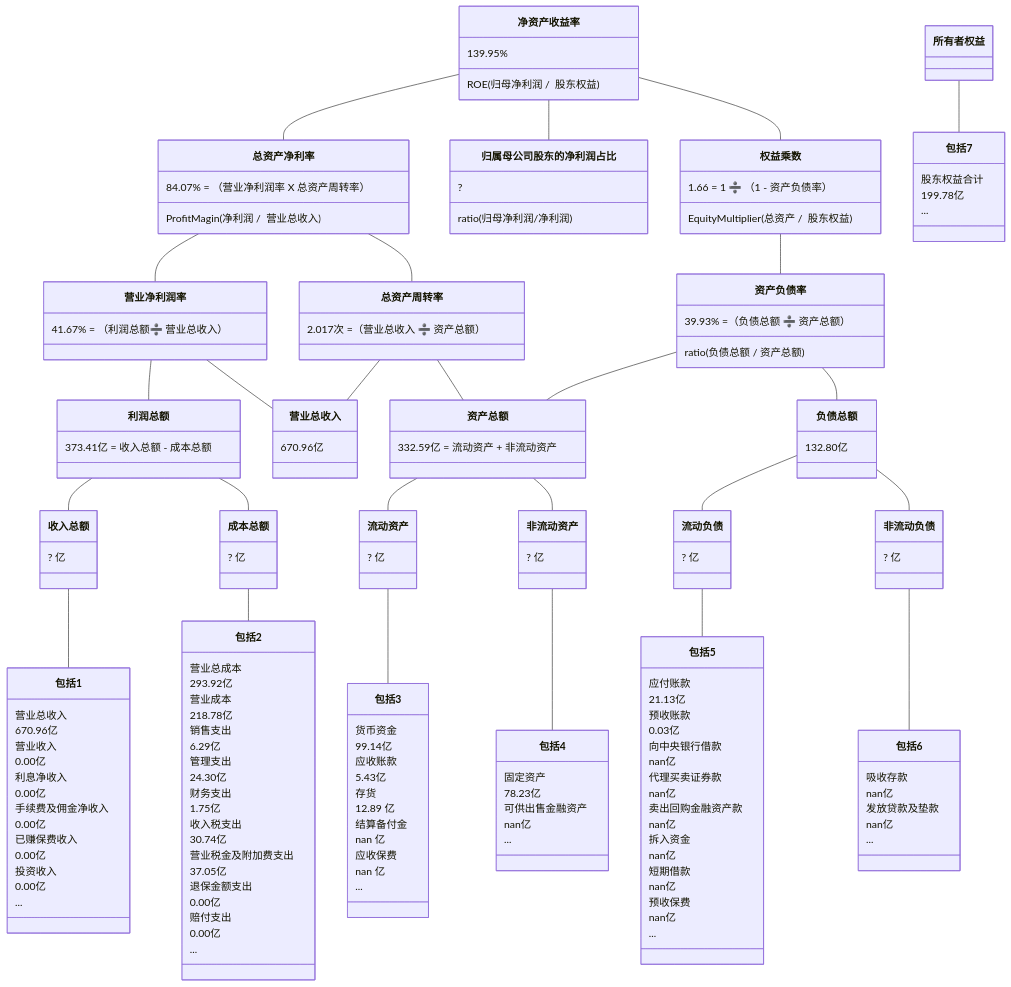
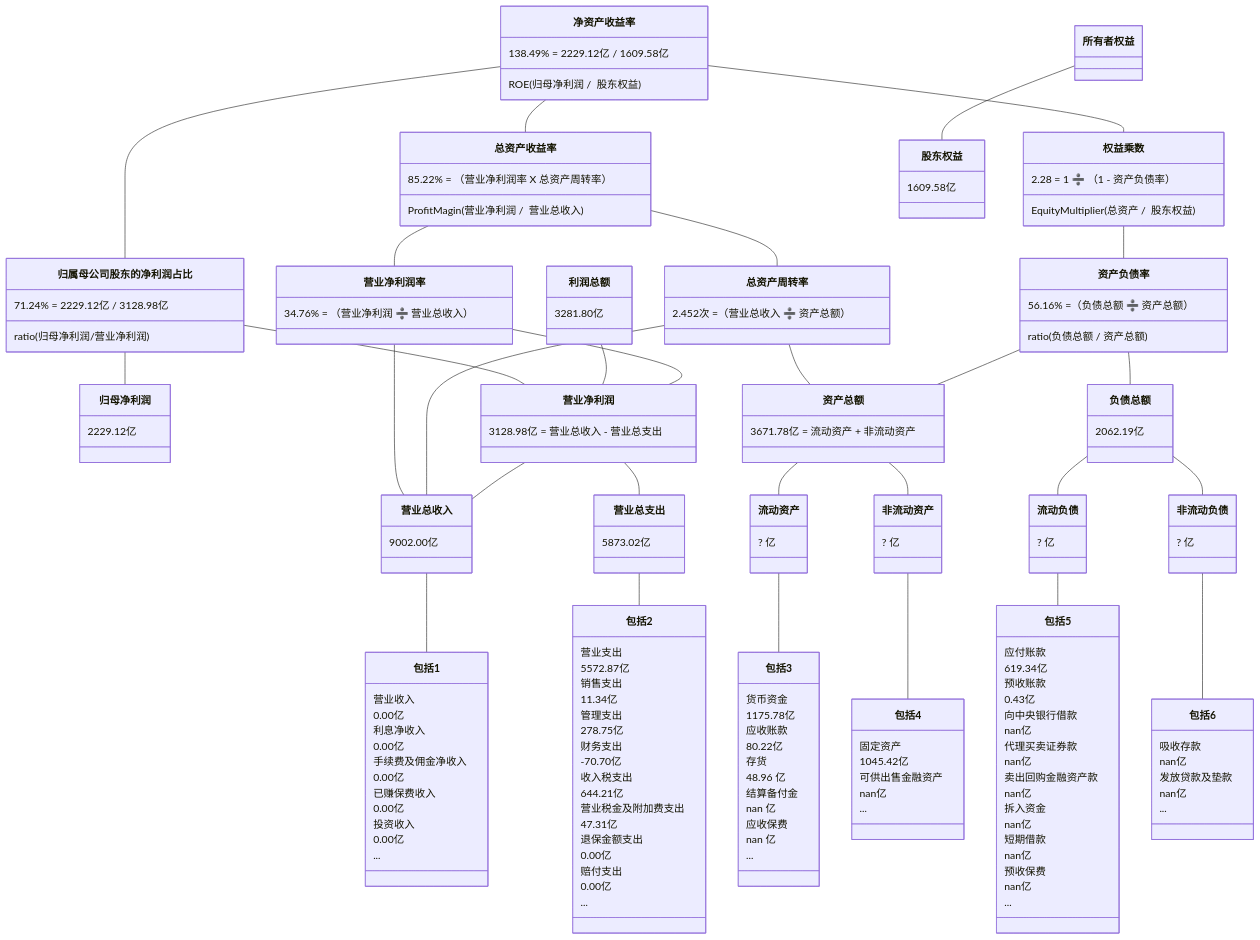
The fifth of 10 diagrams in 2/2.md (TheVeryDarkness/cs410), drawn with Mermaid before and after one commit. The commit also changed other lines of this file and 262 other files, not shown here.

````diff
--- a/2/2.md
+++ b/2/2.md
@@ -528,53 +605,55 @@
 ```mermaid
 classDiagram
-净资产收益率 -- 总资产净利率
-    净资产收益率 : 139.95%
+净资产收益率 -- 总资产收益率
+    净资产收益率 : 138.49% = 2229.12亿 / 1609.58亿
     净资产收益率 : ROE(归母净利润 /  股东权益)
-    总资产净利率 : 84.07% = （营业净利润率 X 总资产周转率）
-    总资产净利率 : ProfitMagin(净利润 /  营业总收入)
+    总资产收益率 : 85.22% = （营业净利润率 X 总资产周转率）
+    总资产收益率 : ProfitMagin(营业净利润 /  营业总收入)
 净资产收益率 -- 归属母公司股东的净利润占比
-	归属母公司股东的净利润占比 : ?
-	归属母公司股东的净利润占比 : ratio(归母净利润/净利润)
+	  归属母公司股东的净利润占比 : 71.24% = 2229.12亿 / 3128.98亿
+	  归属母公司股东的净利润占比 : ratio(归母净利润/营业净利润)
+归属母公司股东的净利润占比 -- 归母净利润
+    归母净利润 : 2229.12亿
+归属母公司股东的净利润占比 -- 营业净利润
+利润总额 : 3281.80亿
+利润总额 -- 营业净利润
 净资产收益率 -- 权益乘数
-    权益乘数 : 1.66 = 1 ➗ （1 - 资产负债率）
+    权益乘数 : 2.28 = 1 ➗ （1 - 资产负债率）
     权益乘数 : EquityMultiplier(总资产 /  股东权益)
-    
-总资产净利率 -- 营业净利润率
-    营业净利润率 : 41.67% = （利润总额➗ 营业总收入）
-总资产净利率 -- 总资产周转率
-    总资产周转率 : 2.017次 =（营业总收入 ➗ 资产总额）
+
+总资产收益率 -- 营业净利润率
+    营业净利润率 : 34.76% = （营业净利润 ➗ 营业总收入）
+总资产收益率 -- 总资产周转率
+    总资产周转率 : 2.452次 =（营业总收入 ➗ 资产总额）
 权益乘数 -- 资产负债率
-    资产负债率  : 39.93% =（负债总额 ➗ 资产总额）
+    资产负债率  : 56.16% =（负债总额 ➗ 资产总额）
     资产负债率  : ratio(负债总额 / 资产总额)
 
-营业净利润率 -- 利润总额
-   利润总额 : 373.41亿 = 收入总额 - 成本总额
+营业净利润率 -- 营业净利润
+    营业净利润 : 3128.98亿 = 营业总收入 - 营业总支出
 营业净利润率 -- 营业总收入
-    营业总收入 : 670.96亿
 总资产周转率 -- 营业总收入
 总资产周转率 -- 资产总额
-    资产总额 : 332.59亿 = 流动资产 + 非流动资产
-资产负债率 -- 　负债总额
-    负债总额 : 132.80亿
-资产负债率 -- 　资产总额
+    资产总额 : 3671.78亿 = 流动资产 + 非流动资产
+资产负债率 -- 负债总额
+    负债总额 : 2062.19亿
+资产负债率 -- 资产总额
 
 
-利润总额 -- 收入总额
-    收入总额 : ? 亿
-利润总额 -- 成本总额
-    成本总额 : ? 亿
+营业净利润 -- 营业总收入
+    营业总收入 : 9002.00亿
+营业净利润 -- 营业总支出
+    营业总支出 : 5873.02亿
 资产总额 -- 流动资产
-	流动资产 : ? 亿
+	  流动资产 : ? 亿
 资产总额 -- 非流动资产
-	非流动资产 : ? 亿
+	  非流动资产 : ? 亿
 负债总额 -- 流动负债
-	流动负债 : ? 亿
+	  流动负债 : ? 亿
 负债总额 -- 非流动负债
-	非流动负债 : ? 亿
+	  非流动负债 : ? 亿
 
-收入总额 -- 包括1
-    包括1 : 营业总收入
-    包括1 : 670.96亿
+营业总收入 -- 包括1
     包括1 : 营业收入
     包括1 : 0.00亿
     包括1 : 利息净收入
@@ -586,21 +665,19 @@
     包括1 : 投资收入
     包括1 : 0.00亿
     包括1 : ...
-成本总额 -- 包括2
-    包括2 : 营业总成本
-    包括2 : 293.92亿
-    包括2 : 营业成本
-    包括2 : 218.78亿
+营业总支出 -- 包括2
+    包括2 : 营业支出
+    包括2 : 5572.87亿
     包括2 : 销售支出
-    包括2 : 6.29亿
+    包括2 : 11.34亿
     包括2 : 管理支出
-    包括2 : 24.30亿
+    包括2 : 278.75亿
     包括2 : 财务支出
-    包括2 : 1.75亿
+    包括2 : -70.70亿
     包括2 : 收入税支出
-    包括2 : 30.74亿
+    包括2 : 644.21亿
     包括2 : 营业税金及附加费支出
-    包括2 : 37.05亿
+    包括2 : 47.31亿
     包括2 : 退保金额支出
     包括2 : 0.00亿
     包括2 : 赔付支出
@@ -608,11 +685,11 @@
     包括2 : ...
 流动资产 -- 包括3
     包括3 : 货币资金
-    包括3 : 99.14亿
+    包括3 : 1175.78亿
     包括3 : 应收账款
-    包括3 : 5.43亿
+    包括3 : 80.22亿
     包括3 : 存货
-    包括3 : 12.89 亿
+    包括3 : 48.96 亿
     包括3 : 结算备付金
     包括3 : nan 亿
     包括3 : 应收保费
@@ -620,15 +697,15 @@
     包括3 : ...
 非流动资产 -- 包括4
     包括4 : 固定资产
-    包括4 : 78.23亿
+    包括4 : 1045.42亿
     包括4 : 可供出售金融资产
     包括4 : nan亿
     包括4 : ...
 流动负债 -- 包括5
     包括5 : 应付账款
-    包括5 : 21.13亿
+    包括5 : 619.34亿
     包括5 : 预收账款
-    包括5 : 0.03亿
+    包括5 : 0.43亿
     包括5 : 向中央银行借款
     包括5 : nan亿
     包括5 : 代理买卖证券款
@@ -648,8 +725,6 @@
     包括6 : 发放贷款及垫款
     包括6 : nan亿
     包括6 : ...
-所有者权益 -- 包括7
-    包括7 : 股东权益合计
-    包括7 : 199.78亿
-    包括7 : ...
+所有者权益 -- 股东权益
+    股东权益 : 1609.58亿
 ```
````
